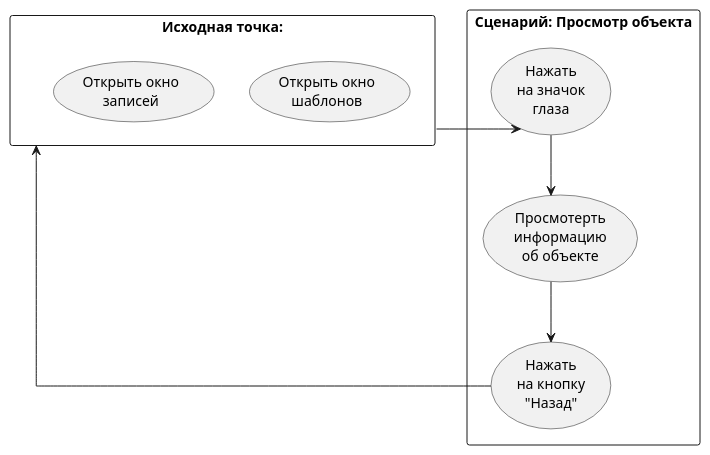
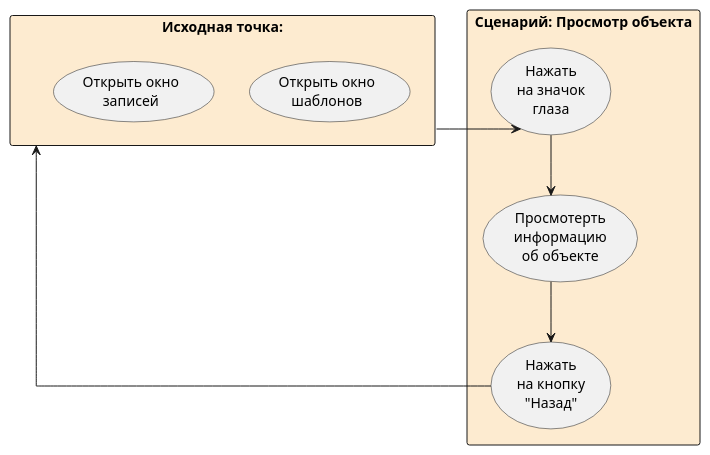
Before and after one commit to ethernet389/MAI-2: the diagram in diagrams/precedents/scenaries/view_object.puml, drawn with PlantUML. The commit also changed 12 other files, not shown here.

Commit message:
Add Color to diagrams and add db structure diagram

```diff
--- a/diagrams/precedents/scenaries/view_object.puml
+++ b/diagrams/precedents/scenaries/view_object.puml
@@ -1,21 +1,23 @@
 @startuml
 
 skinparam linetype ortho
+
+skinparam RectangleBackgroundColor #FDEBD0
 
 rectangle "Исходная точка:" as start_place {
     (Открыть окно\nшаблонов) as template_window
     (Открыть окно\nзаписей) as note_window
 }
 
 rectangle "Сценарий: Просмотр объекта" {
     (Нажать\nна значок\nглаза) as click_on_eye
     (Просмотерть\nинформацию\nоб объекте) as view_info
     (Нажать\nна кнопку\n"Назад") as go_back
 }
 
 start_place -r-> click_on_eye
 click_on_eye --> view_info
 view_info --> go_back
 go_back -l-> start_place
 
 @enduml
```
